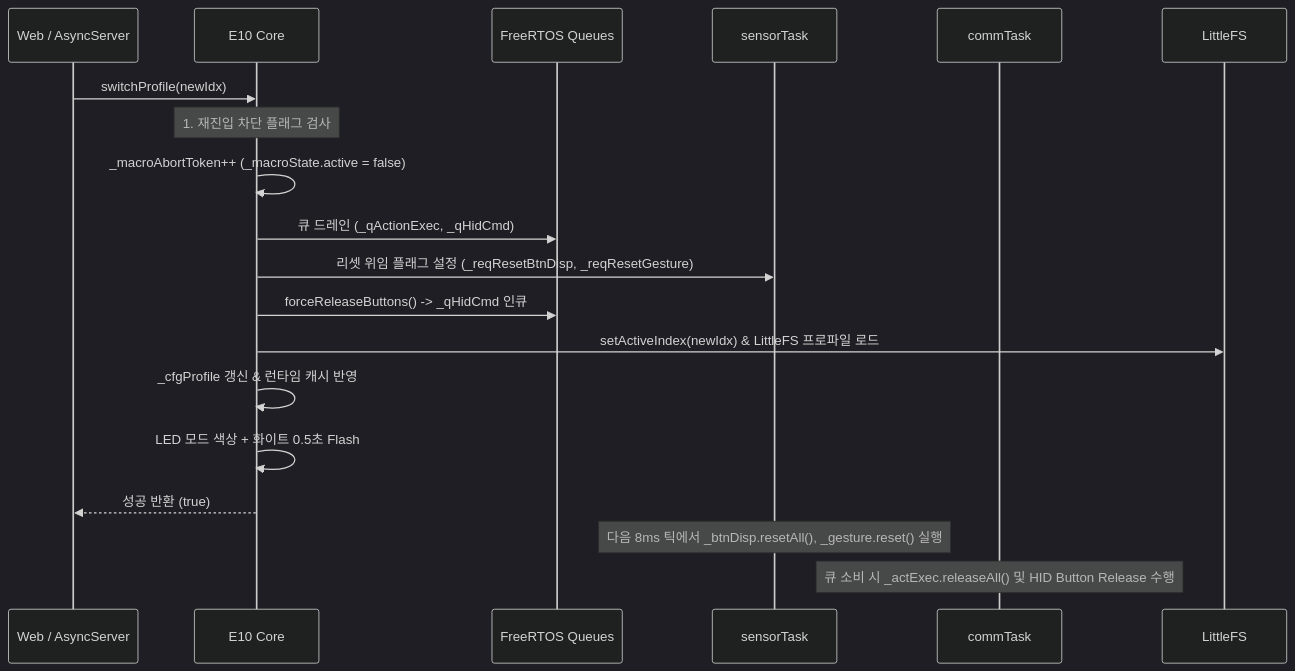
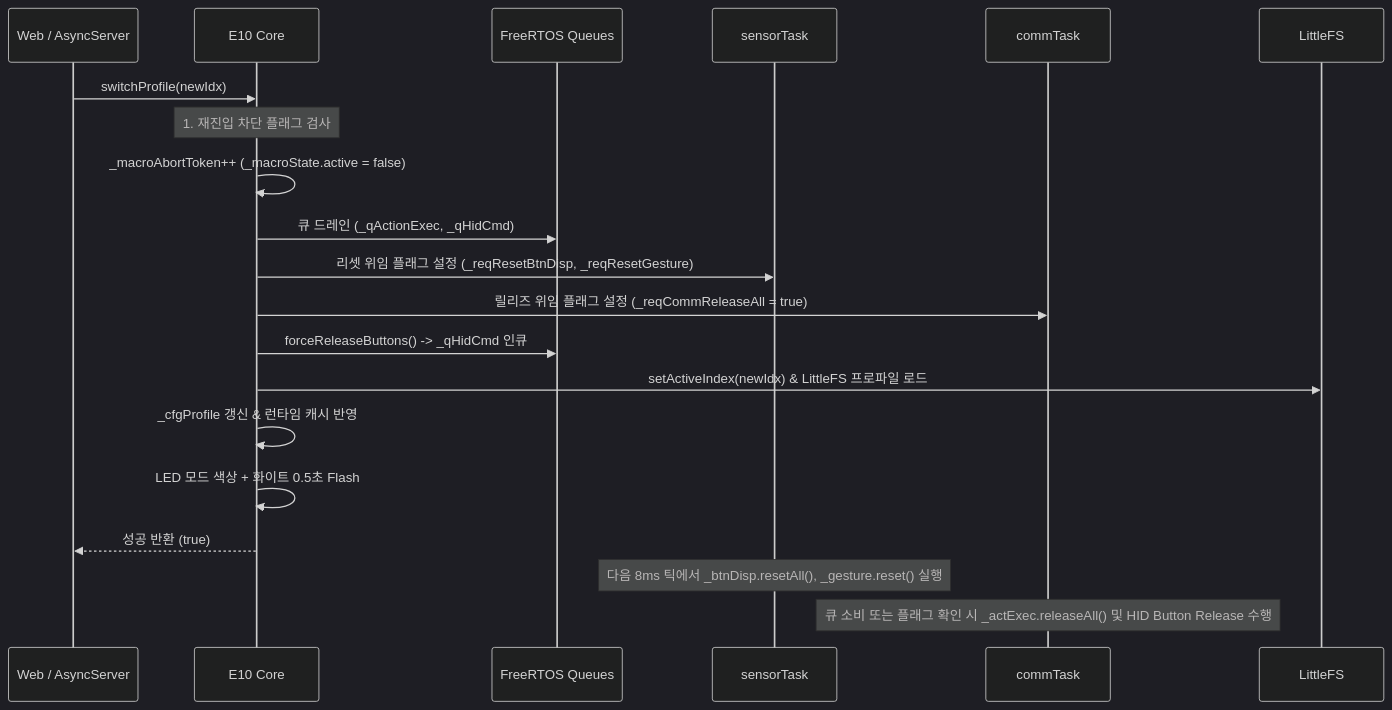
One commit to hosanglee-kr/esp32_AirMouse_002 changed the second of 3 diagrams in src/v0410/docs_v0410/contract_doc/FLOW.md. Above: the diagram before and after it, drawn with Mermaid (dark theme). The commit also changed other lines of this file and 6 other files, not shown here.

````diff
--- a/src/v0410/docs_v0410/contract_doc/FLOW.md
+++ b/src/v0410/docs_v0410/contract_doc/FLOW.md
@@ -48,22 +48,23 @@
 ```mermaid
 sequenceDiagram
     participant Web as Web / AsyncServer
     participant Core as E10 Core
     participant Q as FreeRTOS Queues
     participant Sensor as sensorTask
     participant Comm as commTask
     participant FS as LittleFS
 
     Web->>Core: switchProfile(newIdx)
     Note over Core: 1. 재진입 차단 플래그 검사
     Core->>Core: _macroAbortToken++ (_macroState.active = false)
     Core->>Q: 큐 드레인 (_qActionExec, _qHidCmd)
     Core->>Sensor: 리셋 위임 플래그 설정 (_reqResetBtnDisp, _reqResetGesture)
+    Core->>Comm: 릴리즈 위임 플래그 설정 (_reqCommReleaseAll = true)
     Core->>Q: forceReleaseButtons() -> _qHidCmd 인큐
     Core->>FS: setActiveIndex(newIdx) & LittleFS 프로파일 로드
     Core->>Core: _cfgProfile 갱신 & 런타임 캐시 반영
     Core->>Core: LED 모드 색상 + 화이트 0.5초 Flash
     Core-->>Web: 성공 반환 (true)
     Note over Sensor: 다음 8ms 틱에서 _btnDisp.resetAll(), _gesture.reset() 실행
-    Note over Comm: 큐 소비 시 _actExec.releaseAll() 및 HID Button Release 수행
+    Note over Comm: 큐 소비 또는 플래그 확인 시 _actExec.releaseAll() 및 HID Button Release 수행
 ```
````
